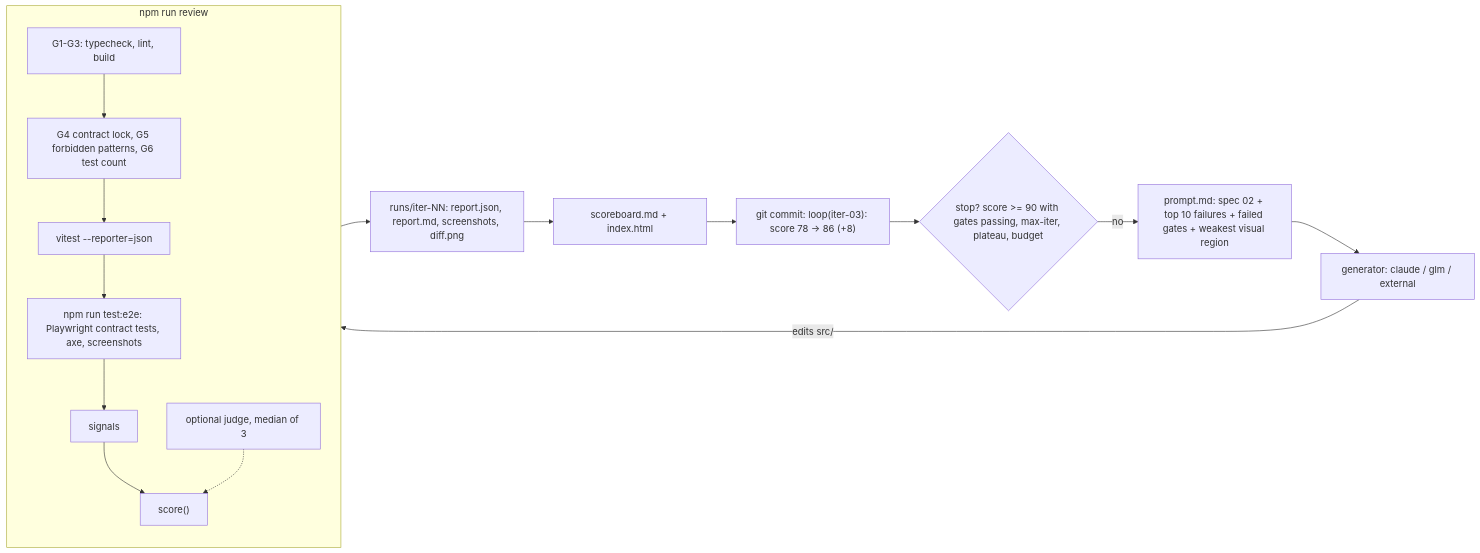
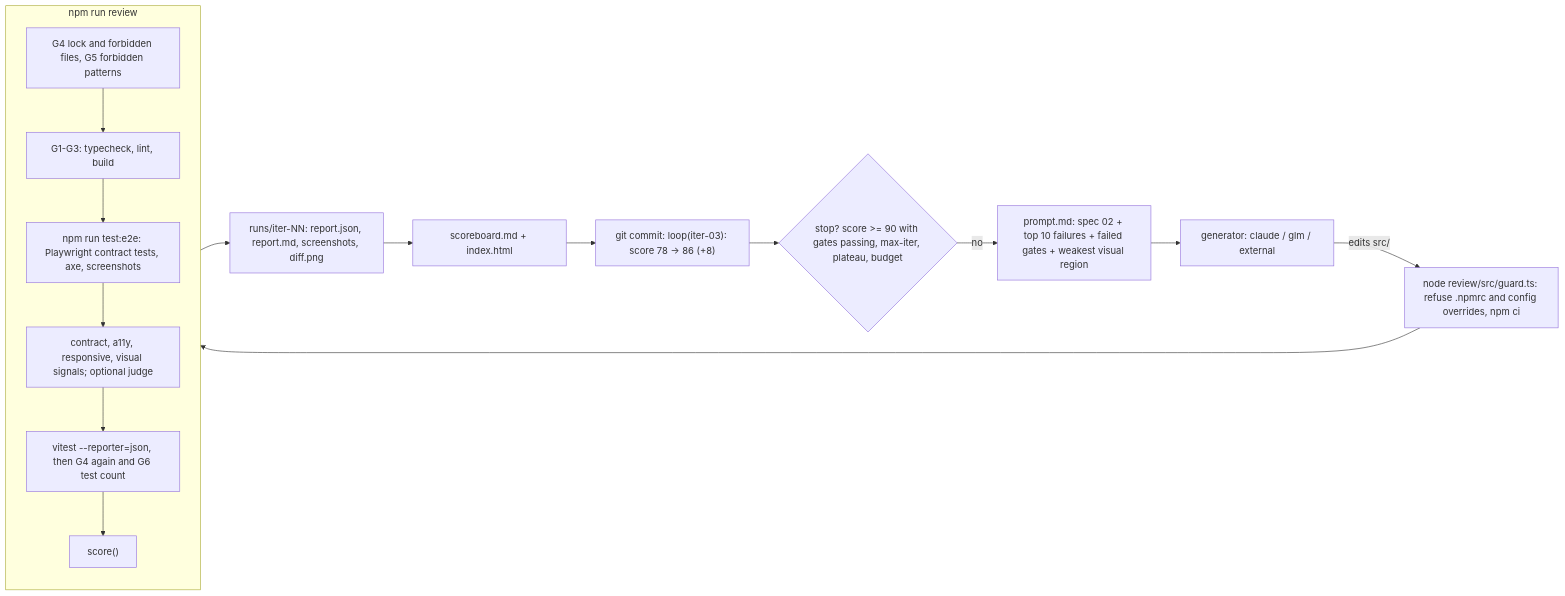
One commit to dfourn/jobtitlr-widgt changed the diagram in widgt/review/README.md. Above: the diagram before and after it, drawn with Mermaid. The commit also changed other lines of this file and 1 other file, not shown here.

Commit message:
docs(widgt/review): describe the workspace guard, the new run order and the new AC-6.3 checks in the READMEs

````diff
--- a/widgt/review/README.md
+++ b/widgt/review/README.md
@@ -9,18 +9,19 @@
 ```mermaid
 flowchart LR
   P["prompt.md: spec 02 + top 10 failures + failed gates + weakest visual region"] --> G["generator: claude / glm / external"]
-  G -->|"edits src/"| REV
+  G -->|"edits src/"| GU["node review/src/guard.ts: refuse .npmrc and config overrides, npm ci"]
+  GU --> REV
   subgraph REV["npm run review"]
     direction TB
-    G13["G1-G3: typecheck, lint, build"] --> G46["G4 contract lock, G5 forbidden patterns, G6 test count"]
-    G46 --> V["vitest --reporter=json"]
-    V --> E["npm run test:e2e: Playwright contract tests, axe, screenshots"]
-    E --> S["signals"] --> SC["score()"]
-    J["optional judge, median of 3"] -.-> SC
+    G45["G4 lock and forbidden files, G5 forbidden patterns"] --> G13["G1-G3: typecheck, lint, build"]
+    G13 --> E["npm run test:e2e: Playwright contract tests, axe, screenshots"]
+    E --> S["contract, a11y, responsive, visual signals; optional judge"]
+    S --> V["vitest --reporter=json, then G4 again and G6 test count"]
+    V --> SC["score()"]
   end
   REV --> A["runs/iter-NN: report.json, report.md, screenshots, diff.png"]
   A --> B["scoreboard.md + index.html"]
   B --> C["git commit: loop(iter-03): score 78 -> 86 (+8)"]
   C --> D{"stop? score >= 90 with gates passing, max-iter, plateau, budget"}
   D -->|no| P
 ```
````
